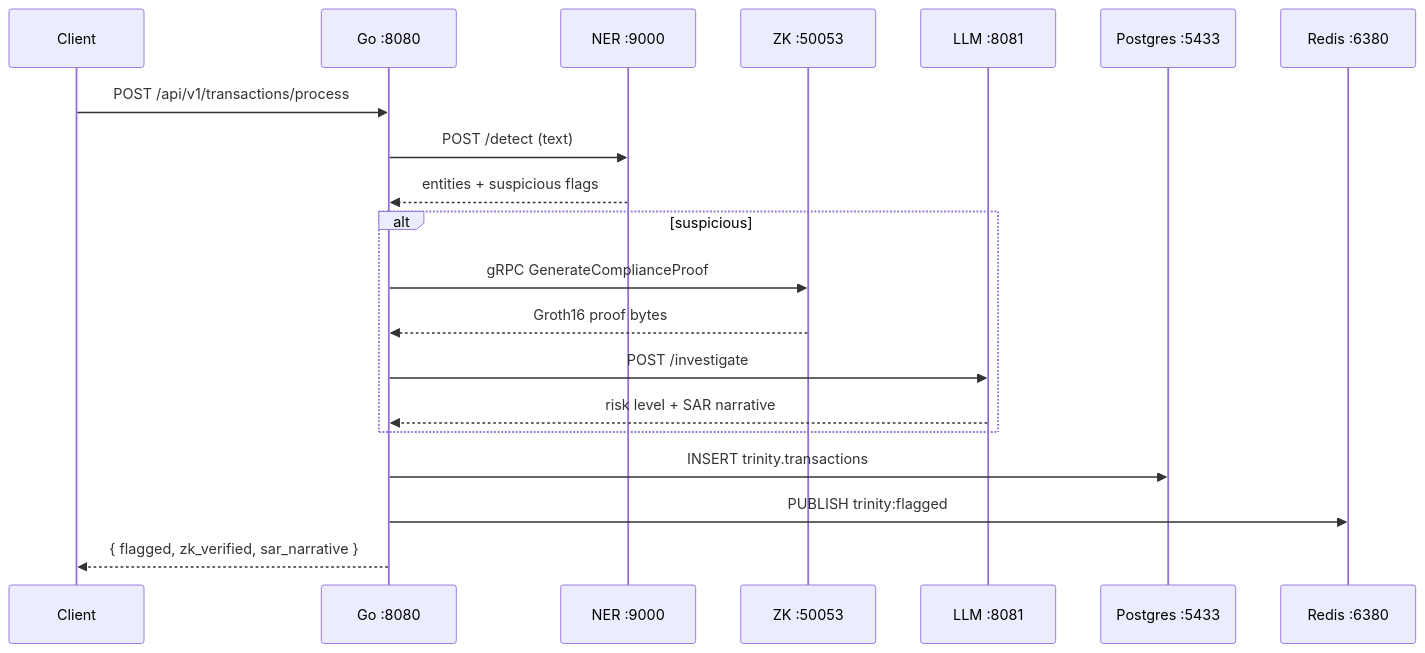
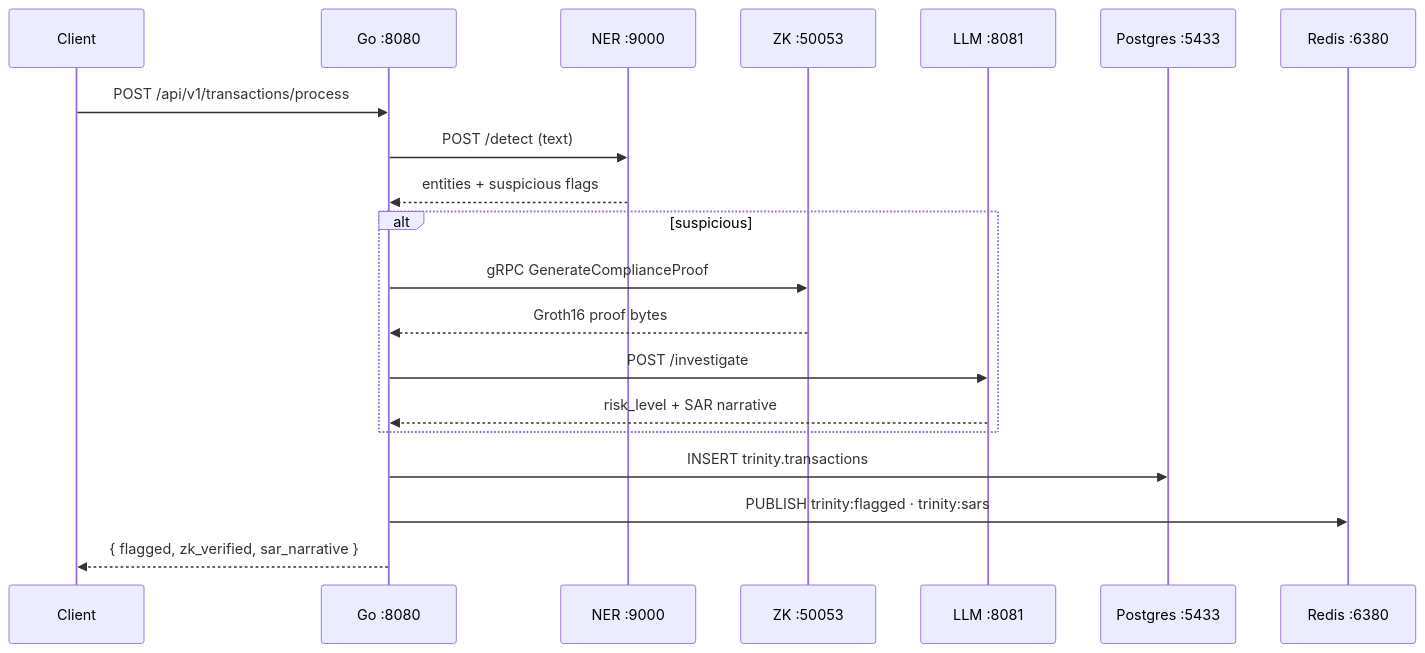
One commit to nutcas3/aml-open-source changed the second of 2 diagrams in slides.md. Above: the diagram before and after it, drawn with Mermaid. The commit also changed other lines of this file, not shown here.

````diff
--- a/slides.md
+++ b/slides.md
@@ -207,23 +129,23 @@
 ```mermaid
 sequenceDiagram
     participant C as Client
     participant G as Go :8080
     participant N as NER :9000
     participant Z as ZK :50053
     participant L as LLM :8081
     participant P as Postgres :5433
     participant R as Redis :6380
 
     C->>G: POST /api/v1/transactions/process
     G->>N: POST /detect (text)
     N-->>G: entities + suspicious flags
     alt suspicious
         G->>Z: gRPC GenerateComplianceProof
         Z-->>G: Groth16 proof bytes
         G->>L: POST /investigate
-        L-->>G: risk level + SAR narrative
+        L-->>G: risk_level + SAR narrative
     end
     G->>P: INSERT trinity.transactions
-    G->>R: PUBLISH trinity:flagged
+    G->>R: PUBLISH trinity:flagged · trinity:sars
     G-->>C: { flagged, zk_verified, sar_narrative }
 ```
````
